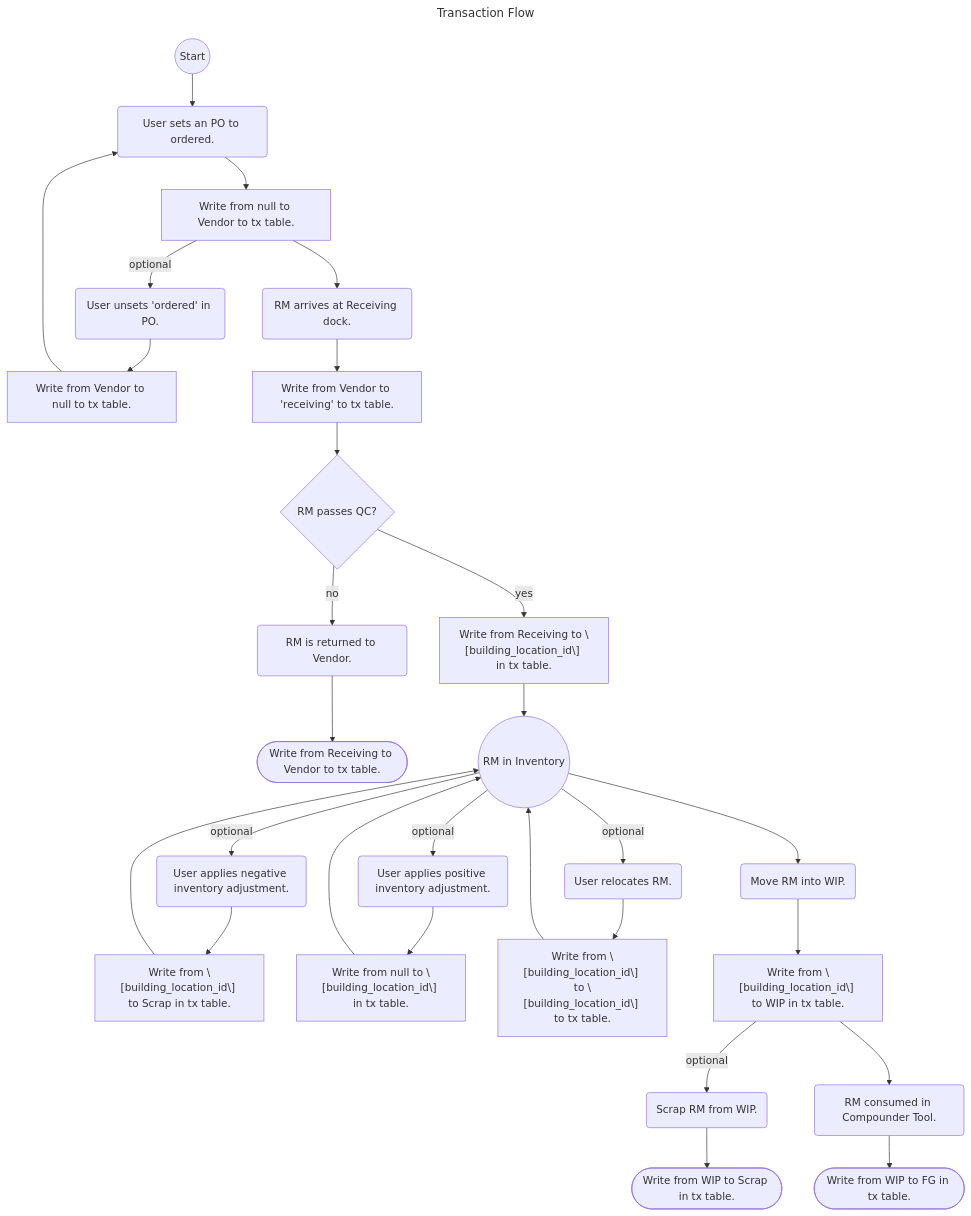
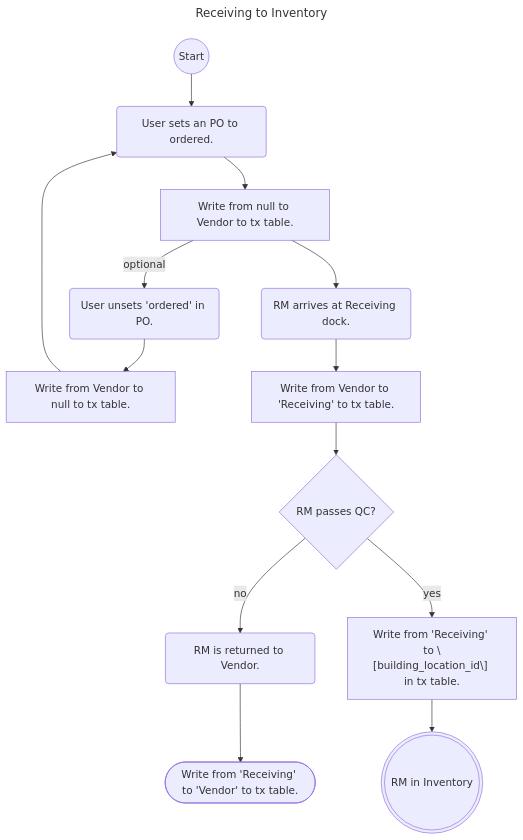
Before and after one commit to afi-spencerd/RSM: the third of 5 diagrams in src/tx_table_proposal.md, drawn with Mermaid. The commit also changed other lines of this file, not shown here.

Commit message:
feat: track both FGs & RMs on `InventoryTx`

````diff
--- a/src/tx_table_proposal.md
+++ b/src/tx_table_proposal.md
@@ -107,59 +116,22 @@
 ```mermaid
 ---
-title: Transaction Flow
+title: Receiving to Inventory
 ---
 flowchart TB
   start((Start))
   order_rm("User sets an PO to ordered.")
   tx_order_rm["Write from null to Vendor to tx table."]
   unorder_rm("User unsets 'ordered' in PO.")
   tx_unorder_rm["Write from Vendor to null to tx table."]
   rm_arrive("RM arrives at Receiving dock.")
-  tx_rm_arrive["Write from Vendor to 'receiving' to tx table."]
+  tx_rm_arrive["Write from Vendor to 'Receiving' to tx table."]
   is_qc_pass{RM passes QC?}
   return_rm("RM is returned to Vendor.")
-  tx_return_rm(["Write from Receiving to Vendor to tx table."])
-  tx_receive_rm["Write from Receiving to \[building_location_id\] in tx table."]
-  adjust_inventory_negative("User applies negative inventory adjustment.")
-  tx_adjust_inventory_negative["Write from \[building_location_id\] to Scrap in tx table."]
-  adjust_inventory_positive("User applies positive inventory adjustment.")
-  tx_adjust_inventory_positive["Write from null to \[building_location_id\] in tx table."]
-  relocate_rm("User relocates RM.")
-  tx_relocate_rm["Write from \[building_location_id\] to \[building_location_id\] to tx table."]
-  rm_in_inventory(("RM in Inventory"))
-  wip_rm("Move RM into WIP.")
-  tx_wip_rm["Write from \[building_location_id\] to WIP in tx table."]
-  consume_rm("RM consumed in Compounder Tool.")
-  tx_consume_rm(["Write from WIP to FG in tx table."])
-  scrap_wip_rm("Scrap RM from WIP.")
-  tx_scrap_wip_rm(["Write from WIP to Scrap in tx table."])
+  tx_return_rm(["Write from 'Receiving' to 'Vendor' to tx table."])
+  tx_receive_rm["Write from 'Receiving' to \[building_location_id\] in tx table."]
+  rm_in_inventory((("RM in Inventory")))
 
-  start --> order_rm
-  order_rm --> tx_order_rm
-  tx_order_rm -->|optional| unorder_rm
-  unorder_rm --> tx_unorder_rm
-  tx_unorder_rm --> order_rm
-  tx_order_rm --> rm_arrive
-  rm_arrive --> tx_rm_arrive
-  tx_rm_arrive --> is_qc_pass
-  is_qc_pass -->|no| return_rm
-  return_rm --> tx_return_rm
-  is_qc_pass -->|yes| tx_receive_rm
-  tx_receive_rm --> rm_in_inventory
-  rm_in_inventory -->|optional| adjust_inventory_negative
-  adjust_inventory_negative --> tx_adjust_inventory_negative
-  tx_adjust_inventory_negative --> rm_in_inventory
-  rm_in_inventory -->|optional| adjust_inventory_positive
-  adjust_inventory_positive --> tx_adjust_inventory_positive
-  tx_adjust_inventory_positive --> rm_in_inventory
-  rm_in_inventory -->|optional| relocate_rm
-  relocate_rm --> tx_relocate_rm
-  tx_relocate_rm --> rm_in_inventory
-  rm_in_inventory --> wip_rm
-  wip_rm --> tx_wip_rm
-  tx_wip_rm -->|optional| scrap_wip_rm
-  scrap_wip_rm --> tx_scrap_wip_rm
-  tx_wip_rm --> consume_rm
-  consume_rm --> tx_consume_rm
-
+  start --> order_rm --> tx_order_rm -->|optional| unorder_rm --> tx_unorder_rm --> order_rm
+                         tx_order_rm --> rm_arrive --> tx_rm_arrive --> is_qc_pass -->|no| return_rm --> tx_return_rm
+                                                                        is_qc_pass -->|yes| tx_receive_rm --> rm_in_inventory
 ```
````
